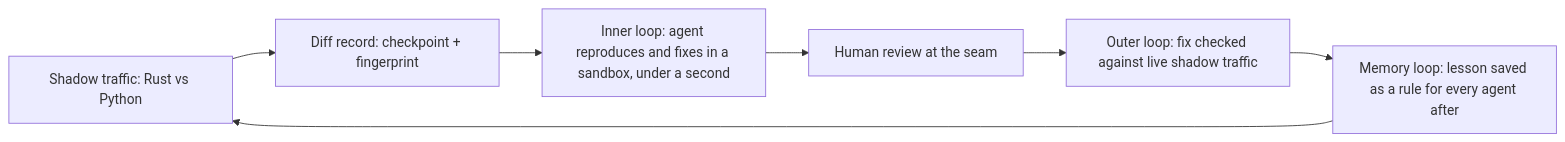
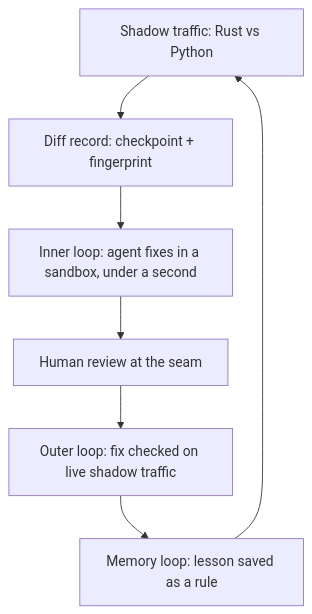
The diagram in _posts/2026-11-28-anthropic-rewrote-claudes-api-in-rust.md (gogetrekt/loopandstack), drawn with Mermaid before and after one commit. The commit also changed 1 other file, not shown here.

Commit message:
Fix Mermaid diagrams: remove redundant Shirudo flowchart, convert Anthropic flowchart LR to TD for readability

````diff
--- a/_posts/2026-11-28-anthropic-rewrote-claudes-api-in-rust.md
+++ b/_posts/2026-11-28-anthropic-rewrote-claudes-api-in-rust.md
@@ -66,9 +66,9 @@
 ```mermaid
-flowchart LR
+flowchart TD
     A[Shadow traffic: Rust vs Python] --> B[Diff record: checkpoint + fingerprint]
-    B --> C[Inner loop: agent reproduces and fixes in a sandbox, under a second]
+    B --> C[Inner loop: agent fixes in a sandbox, under a second]
     C --> D[Human review at the seam]
-    D --> E[Outer loop: fix checked against live shadow traffic]
-    E --> F[Memory loop: lesson saved as a rule for every agent after]
+    D --> E[Outer loop: fix checked on live shadow traffic]
+    E --> F[Memory loop: lesson saved as a rule]
     F --> A
 ```
````
